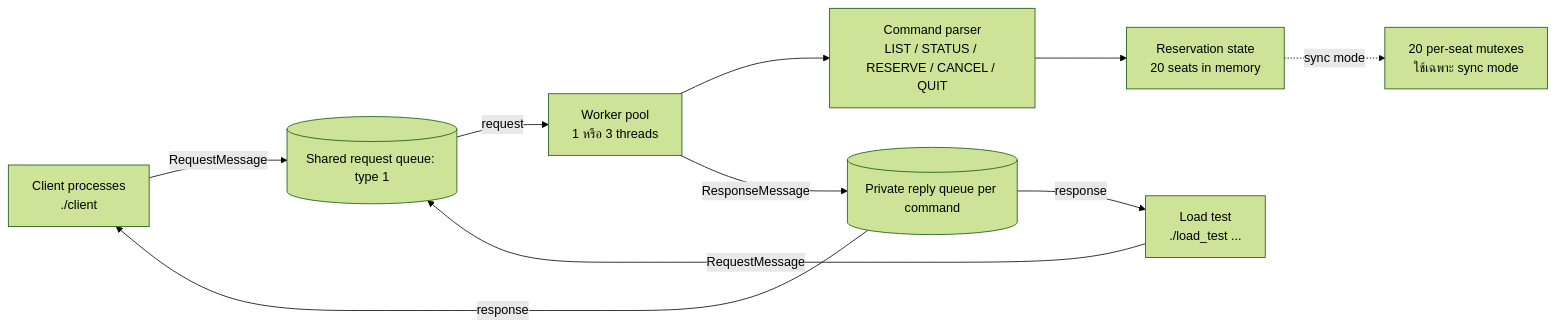
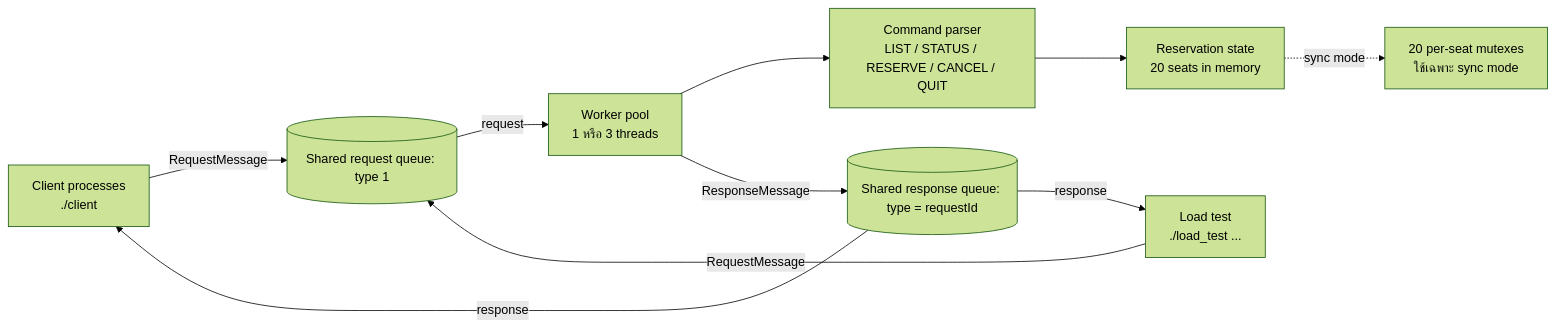
Before and after one commit to vixvify/airplane-booking: the first of 5 diagrams in docs/architecture.md, drawn with Mermaid (forest theme). The commit also changed other lines of this file and 13 other files, not shown here.

Commit message:
refactor: replace private reply queues with shared response queues for improved IPC handling

````diff
--- a/docs/architecture.md
+++ b/docs/architecture.md
@@ -13,21 +13,21 @@
 ```mermaid
 flowchart LR
     Client["Client processes\n./client <client_id>"]
     LoadTest["Load test\n./load_test ..."]
     Queue[("Shared request queue: type 1")]
-    Replies[("Private reply queue per command")]
+    Replies[("Shared response queue: type = requestId")]
     Workers["Worker pool\n1 หรือ 3 threads"]
     Commands["Command parser\nLIST / STATUS / RESERVE / CANCEL / QUIT"]
     Reservation["Reservation state\n20 seats in memory"]
     Locks["20 per-seat mutexes\nใช้เฉพาะ sync mode"]
 
     Client -->|RequestMessage| Queue
     LoadTest -->|RequestMessage| Queue
     Queue -->|request| Workers
     Workers --> Commands
     Commands --> Reservation
     Reservation -. sync mode .-> Locks
     Workers -->|ResponseMessage| Replies
     Replies -->|response| Client
     Replies -->|response| LoadTest
 ```
````
